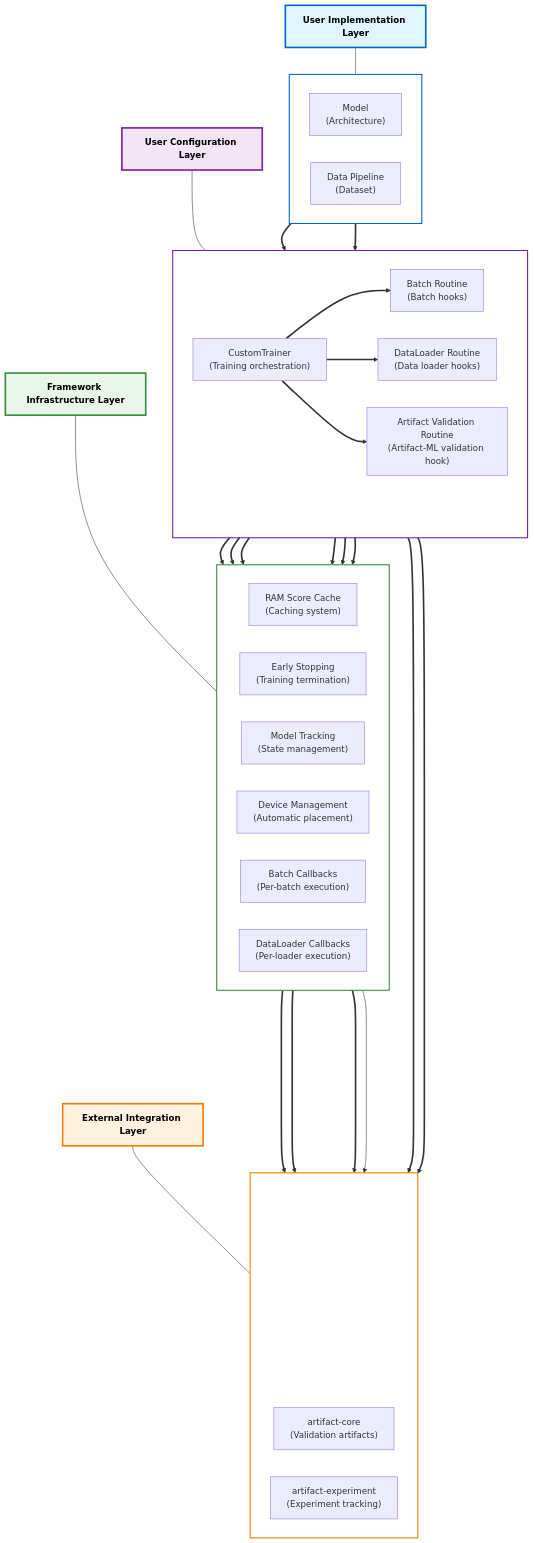
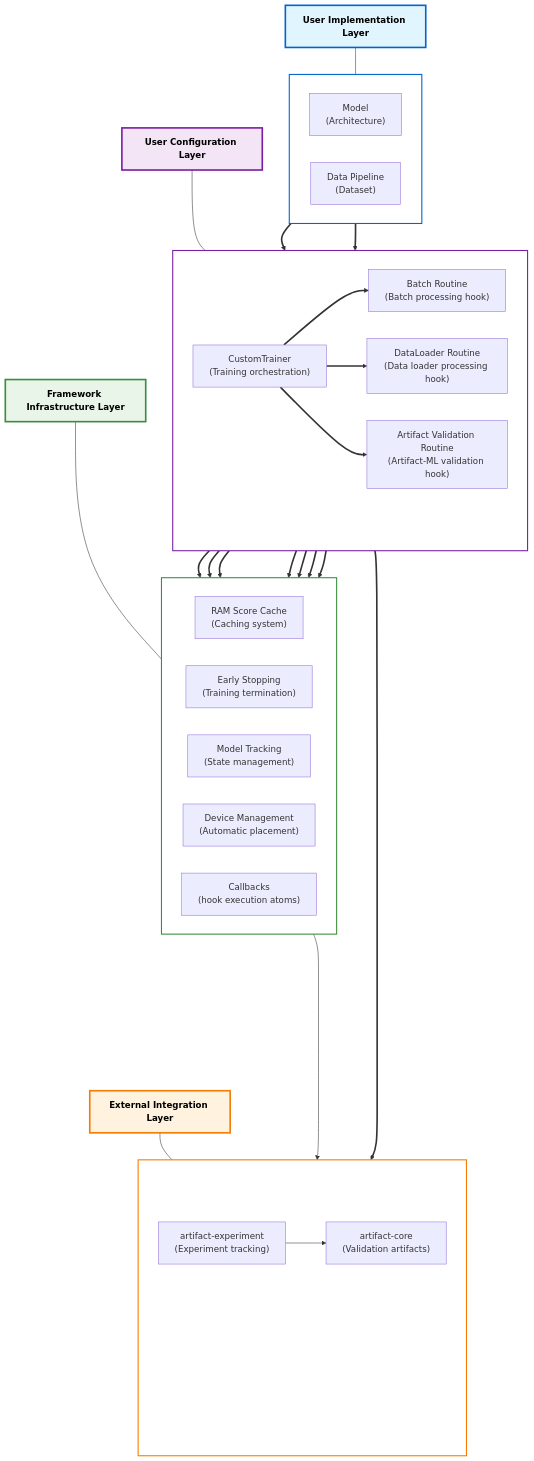
Before and after one commit to vasileios-ektor-papoulias/artifact-ml: the diagram in artifact-torch/README.md, drawn with Mermaid.

Commit message:
Finalize diagram

```diff
--- a/artifact-torch/README.md
+++ b/artifact-torch/README.md
@@ -53,8 +53,8 @@
         direction LR
         Trainer["CustomTrainer<br/>(Training orchestration)"]
         ConfigSpacer[" "]
-        BatchRoutine["Batch Routine<br/>(Batch hooks)"]
-        DataLoaderRoutine["DataLoader Routine<br/>(Data loader hooks)"]
+        BatchRoutine["Batch Routine<br/>(Batch processing hook)"]
+        DataLoaderRoutine["DataLoader Routine<br/>(Data loader processing hook)"]
         ArtifactRoutine["Artifact Validation Routine<br/>(Artifact-ML validation hook)"]
     end
     
@@ -64,8 +64,7 @@
         EarlyStopping["Early Stopping<br/>(Training termination)"]
         ModelTracking["Model Tracking<br/>(State management)"]
         Device["Device Management<br/>(Automatic placement)"]
-        BatchCallbacks["Batch Callbacks<br/>(Per-batch execution)"]
-        DataLoaderCallbacks["DataLoader Callbacks<br/>(Per-loader execution)"]
+        Callbacks["Callbacks<br/>(hook execution atoms)"]
     end
     
     subgraph external [" "]
@@ -75,8 +74,8 @@
         ExternalSpacer3[" "]
         ExternalSpacer4[" "]
         ExternalSpacer5[" "]
+        ArtifactExp["artifact-experiment<br/>(Experiment tracking)"]
         ArtifactCore["artifact-core<br/>(Validation artifacts)"]
-        ArtifactExp["artifact-experiment<br/>(Experiment tracking)"]
     end
     
     %% Component connections with optimal ordering
@@ -89,25 +88,25 @@
     Trainer --> EarlyStopping
     Trainer --> ModelTracking
     Trainer --> Device
+    Trainer --> Callbacks
     
     %% Configuration to Configuration (routine orchestration)
     Trainer --> BatchRoutine
     Trainer --> DataLoaderRoutine
     Trainer --> ArtifactRoutine
     
-    %% Infrastructure routines to specific Callback types
-    BatchRoutine --> BatchCallbacks
-    DataLoaderRoutine --> DataLoaderCallbacks
+    %% Infrastructure routines to Callback System
+    BatchRoutine --> Callbacks
+    DataLoaderRoutine --> Callbacks
     
-    %% Domain-specific routine to External (direct integration)
-    ArtifactRoutine --> ArtifactCore
+    %% Domain-specific routine to External (via experiment tracking)
     ArtifactRoutine --> ArtifactExp
     
-    %% Callback systems to External (both need both dependencies)
-    BatchCallbacks --> ArtifactCore
-    BatchCallbacks --> ArtifactExp
-    DataLoaderCallbacks --> ArtifactCore
-    DataLoaderCallbacks --> ArtifactExp
+    %% Callback System to External (via experiment tracking)
+    Callbacks --> ArtifactExp
+    
+    %% External integration flow
+    ArtifactExp --> ArtifactCore
     
     %% Style layer labels with positioning
     style ImplLabel fill:#e1f5fe,stroke:#0066cc,stroke-width:3px,color:#000000
@@ -125,14 +124,14 @@
     ImplLabel --- impl
     ConfigLabel --- config  
     InfraLabel --- infra
-    ExternalLabel --- external
     
     impl ~~~ config
     config ~~~ infra
     infra ~~~ VerticalSpacer1
     VerticalSpacer1 ~~~ VerticalSpacer2
     VerticalSpacer2 ~~~ VerticalSpacer3
-    VerticalSpacer3 ~~~ external
+    VerticalSpacer3 ~~~ ExternalLabel
+    ExternalLabel --- external
     
     %% Make all component arrows thicker
     linkStyle 0 stroke-width:3px
@@ -148,9 +147,6 @@
     linkStyle 10 stroke-width:3px
     linkStyle 11 stroke-width:3px
     linkStyle 12 stroke-width:3px
-    linkStyle 13 stroke-width:3px
-    linkStyle 14 stroke-width:3px
-    linkStyle 15 stroke-width:3px
     
     %% Hide spacers
     style ExternalSpacer1 fill:transparent,stroke:transparent
```
